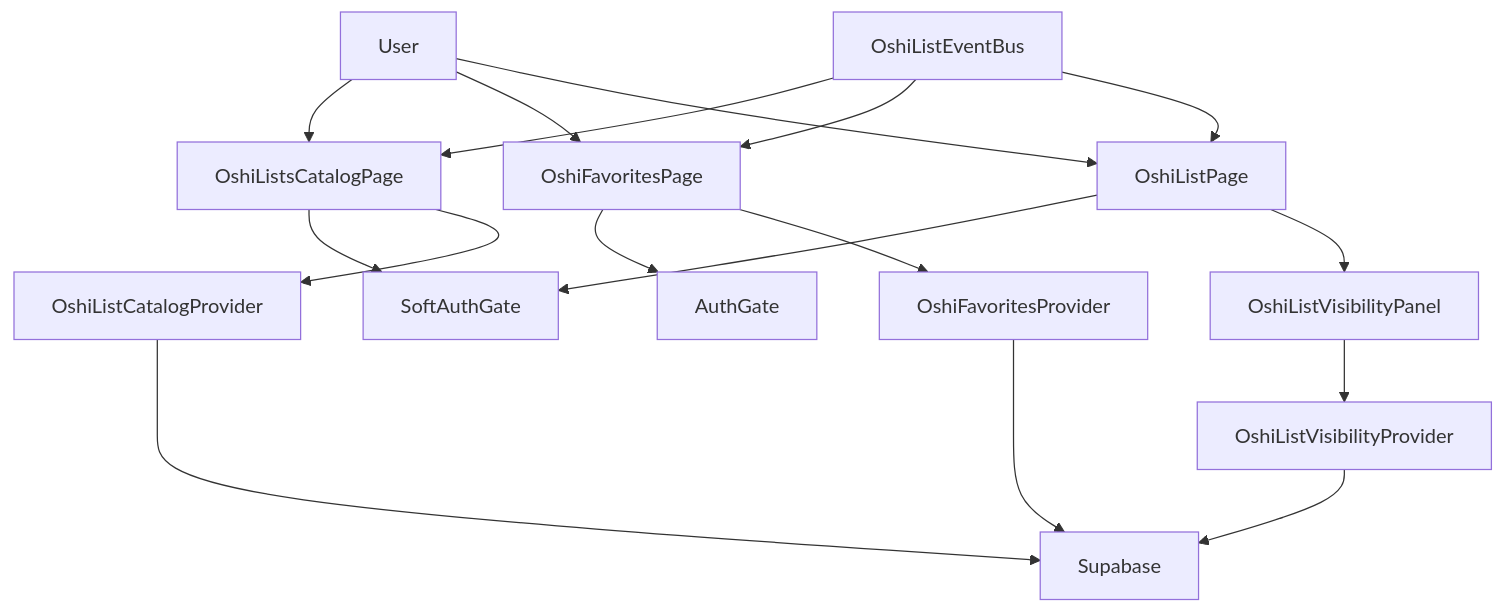
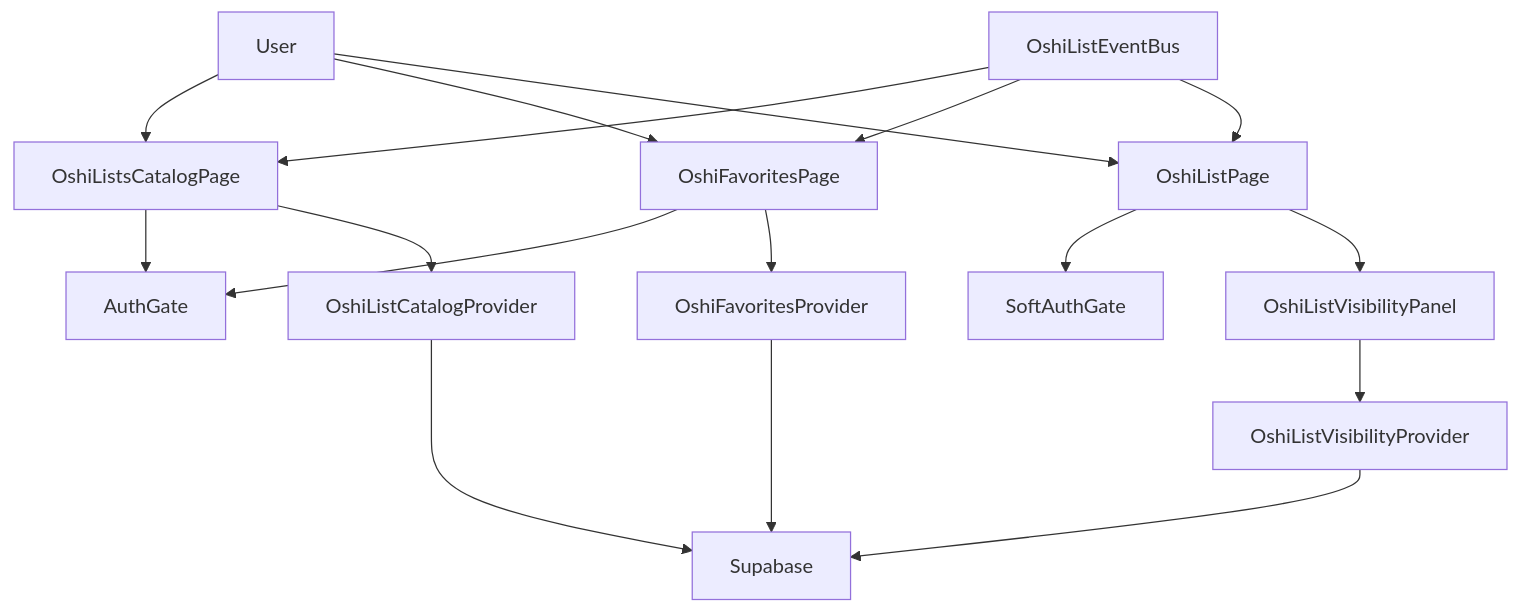
Before and after one commit to arinko39140/mangadouga: the first of 4 diagrams in .kiro/specs/oshi-list-favorites-registered-only/design.md, drawn with Mermaid. The commit also changed other lines of this file and 1 other file, not shown here.

Commit message:
Require login for oshi list catalog

````diff
--- a/.kiro/specs/oshi-list-favorites-registered-only/design.md
+++ b/.kiro/specs/oshi-list-favorites-registered-only/design.md
@@ -68,19 +68,19 @@
 ```mermaid
 graph TB
   User --> OshiListsCatalogPage
   User --> OshiFavoritesPage
   User --> OshiListPage
-  OshiListsCatalogPage --> SoftAuthGate
+  OshiListsCatalogPage --> AuthGate
   OshiFavoritesPage --> AuthGate
   OshiListPage --> SoftAuthGate
   OshiListsCatalogPage --> OshiListCatalogProvider
   OshiFavoritesPage --> OshiFavoritesProvider
   OshiListPage --> OshiListVisibilityPanel
   OshiListVisibilityPanel --> OshiListVisibilityProvider
   OshiListCatalogProvider --> Supabase
   OshiFavoritesProvider --> Supabase
   OshiListVisibilityProvider --> Supabase
   OshiListEventBus --> OshiListsCatalogPage
   OshiListEventBus --> OshiFavoritesPage
   OshiListEventBus --> OshiListPage
 ```
````
